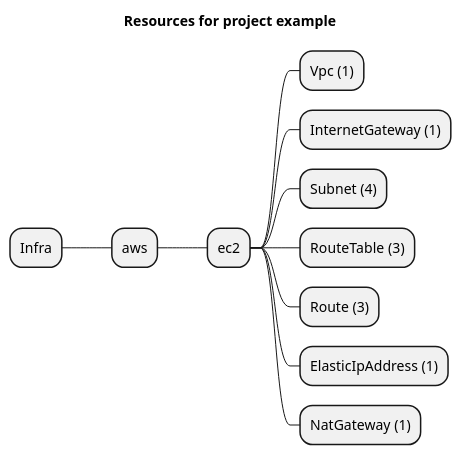
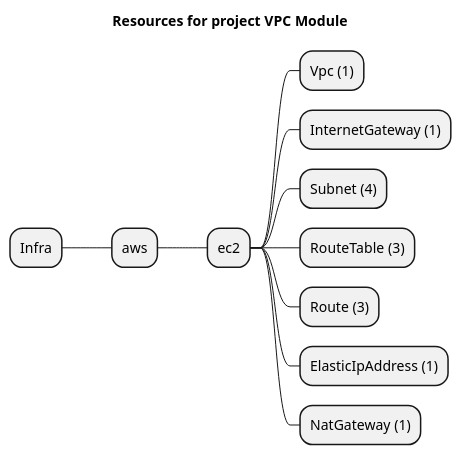
The diagram in packages/modules/aws/vpc/example/artifacts/resources-mindmap.puml (grucloud/grucloud), drawn with PlantUML before and after one commit. The commit also changed 36 other files, not shown here.

```diff
--- a/packages/modules/aws/vpc/example/artifacts/resources-mindmap.puml
+++ b/packages/modules/aws/vpc/example/artifacts/resources-mindmap.puml
@@ -1,14 +1,14 @@
 @startmindmap
-title Resources for project example
+title Resources for project VPC Module
 skinparam monochrome true
 + Infra
 ++ aws
 +++ ec2
 ++++ Vpc (1)
 ++++ InternetGateway (1)
 ++++ Subnet (4)
 ++++ RouteTable (3)
 ++++ Route (3)
 ++++ ElasticIpAddress (1)
 ++++ NatGateway (1)
 @endmindmap
```
